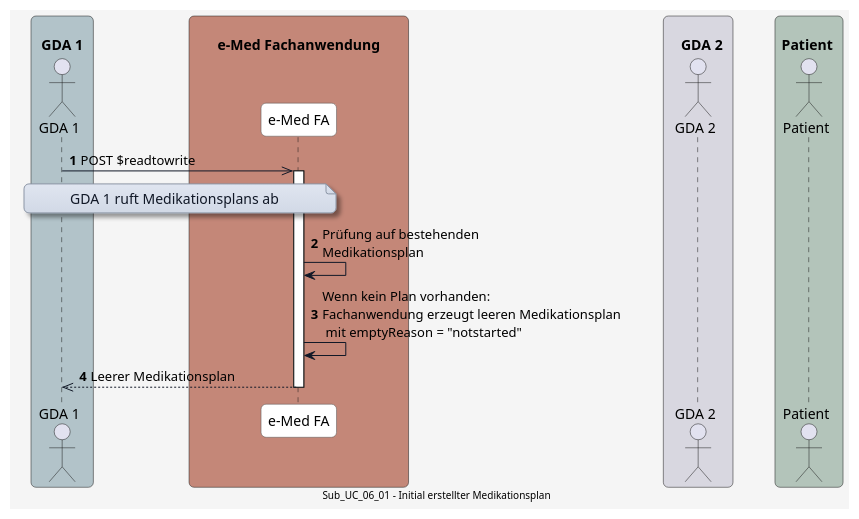
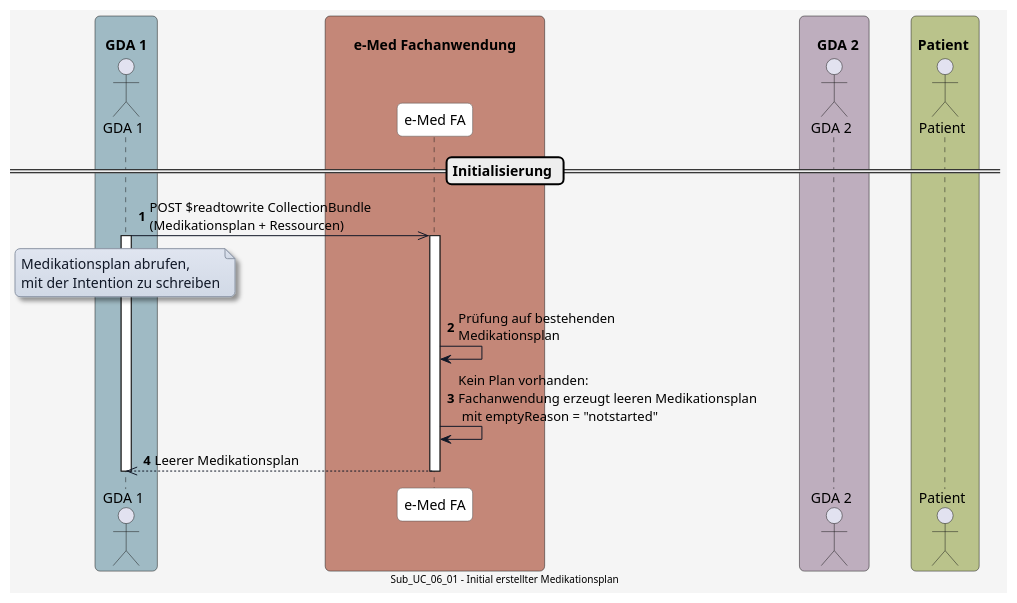
Before and after one commit to HL7Austria/ELGA-e-Medikation-R4: the diagram in input/images-source/UC_06_01.plantuml, drawn with PlantUML. The commit also changed 13 other files, not shown here.

```diff
--- a/input/images-source/UC_06_01.plantuml
+++ b/input/images-source/UC_06_01.plantuml
@@ -1,78 +1,81 @@
 @startuml
 skinparam borderColor #000000
 skinparam backgroundColor #f5f5f5
 skinparam shadowing false
 skinparam roundCorner 10
 skinparam defaultFontName "Arial"
 skinparam defaultFontSize 14
 skinparam defaultFontColor #000000
 
 skinparam note {
   BackgroundColor #e0e5f0-#d1d9e6
   BorderColor #8b95a5
   BorderThickness 1
   RoundCorner 8
   Padding 6
   FontColor #111827
   Shadowing true
 }
 
 skinparam HyperlinkColor #0000EE
 skinparam HyperlinkUnderline false
 
 skinparam sequence {
   ParticipantBorderColor #555555
   ParticipantBackgroundColor #ffffff
   ParticipantFontColor #000000
   ParticipantFontSize 14
   ParticipantPadding 20
   ArrowColor #111827
   ArrowThickness 1
   ArrowFontColor #000000
   ArrowFontSize 13
   GroupBorderColor #111827
   GroupBackgroundColor #eef2ff
   GroupBorderThickness 2
 }
 
 skinparam BoxPadding 20
 skinparam BoxBorderColor #555555
 
-box "\n  GDA 1  " #b2c3c9
+box "\n  GDA 1  " #9fbac4
   actor GDA_1 as "GDA 1"
 end box
 
 box "\n       e-Med Fachanwendung       " #C48778
   participant eMed_FA as "e-Med FA"
 end box
 
-box "\n    GDA 2  " #D8D7E0
+box "\n    GDA 2  " #beaebe
   actor GDA_2 as "GDA 2"
 end box
 
-box "\n Patient  " #b3c4ba
+box "\n Patient  " #bac38b
   actor Patient as "Patient"
 end box
 
 
 autonumber
 
+== Initialisierung ==
 
-GDA_1 ->> eMed_FA: POST $readtowrite
+GDA_1 ->> eMed_FA: POST $readtowrite CollectionBundle\n(Medikationsplan + Ressourcen)
+activate GDA_1
 
-note over GDA_1, eMed_FA
-GDA 1 ruft Medikationsplans ab
+note over GDA_1
+Medikationsplan abrufen, 
+mit der Intention zu schreiben
 end note
 
 activate eMed_FA
 eMed_FA -> eMed_FA: Prüfung auf bestehenden\nMedikationsplan
-eMed_FA -> eMed_FA: Wenn kein Plan vorhanden:\nFachanwendung erzeugt leeren Medikationsplan\n mit emptyReason = "notstarted"
 
+eMed_FA -> eMed_FA: Kein Plan vorhanden:\nFachanwendung erzeugt leeren Medikationsplan\n mit emptyReason = "notstarted"
 eMed_FA -->> GDA_1: Leerer Medikationsplan
 
 deactivate eMed_FA
-
+deactivate GDA_1
 
 center footer Sub_UC_06_01 - Initial erstellter Medikationsplan
 
 @enduml
```
